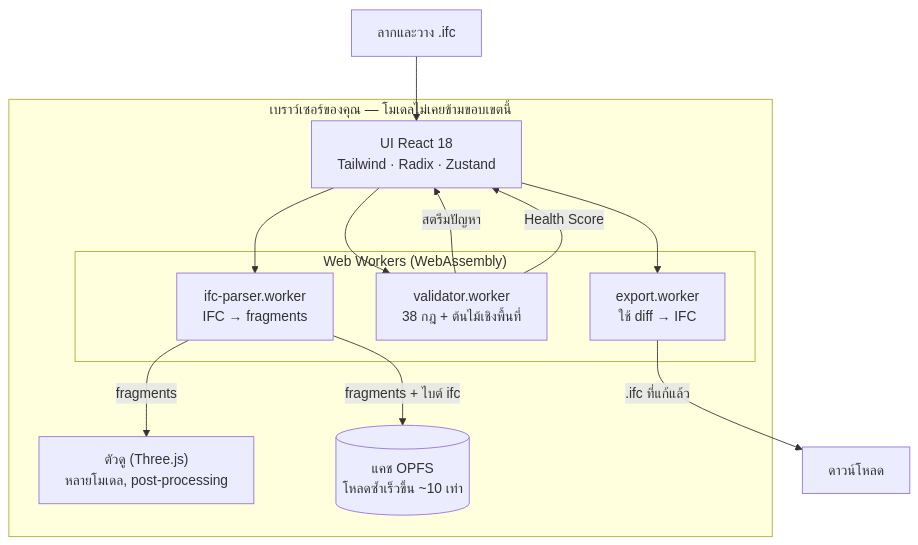
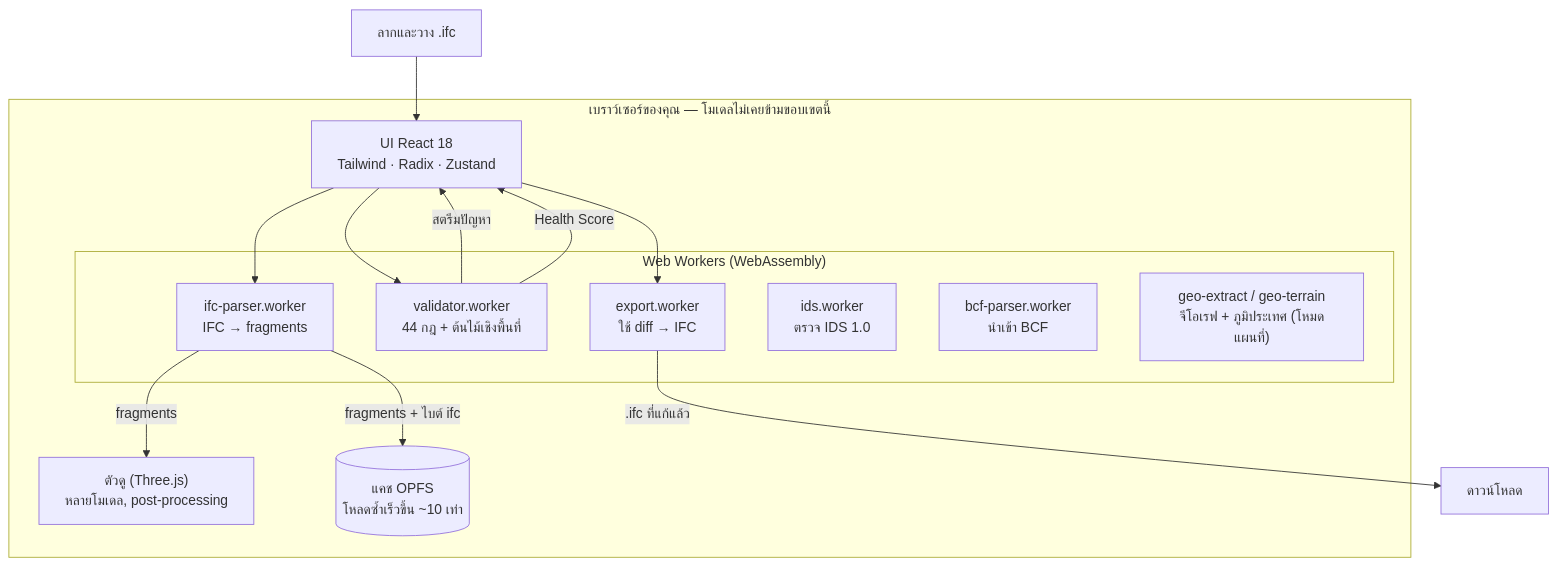
The second of 2 diagrams in README.th.md (j03rul4nd/ifc-viewer-online), drawn with Mermaid before and after one commit. The commit also changed other lines of this file and 24 other files, not shown here.

````diff
--- a/README.th.md
+++ b/README.th.md
@@ -147,24 +149,27 @@
 ```mermaid
 flowchart TD
     subgraph BROWSER["เบราว์เซอร์ของคุณ — โมเดลไม่เคยข้ามขอบเขตนี้"]
         UI["UI React 18<br/>Tailwind · Radix · Zustand"]
         VIEWER["ตัวดู (Three.js)<br/>หลายโมเดล, post-processing"]
         CACHE[("แคช OPFS<br/>โหลดซ้ำเร็วขึ้น ~10 เท่า")]
 
         subgraph WORKERS["Web Workers (WebAssembly)"]
             PARSE["ifc-parser.worker<br/>IFC → fragments"]
-            VALID["validator.worker<br/>38 กฎ + ต้นไม้เชิงพื้นที่"]
+            VALID["validator.worker<br/>44 กฎ + ต้นไม้เชิงพื้นที่"]
             EXPORT["export.worker<br/>ใช้ diff → IFC"]
+            IDS["ids.worker<br/>ตรวจ IDS 1.0"]
+            BCF["bcf-parser.worker<br/>นำเข้า BCF"]
+            GEO["geo-extract / geo-terrain<br/>จีโอเรฟ + ภูมิประเทศ (โหมดแผนที่)"]
         end
     end
 
     FILE["ลากและวาง .ifc"] --> UI
     UI --> PARSE
     PARSE -->|fragments| VIEWER
     PARSE -->|fragments + ไบต์ ifc| CACHE
     UI --> VALID
     VALID -->|สตรีมปัญหา| UI
     VALID -->|Health Score| UI
     UI --> EXPORT
     EXPORT -->|.ifc ที่แก้แล้ว| DL["ดาวน์โหลด"]
 ```
````
